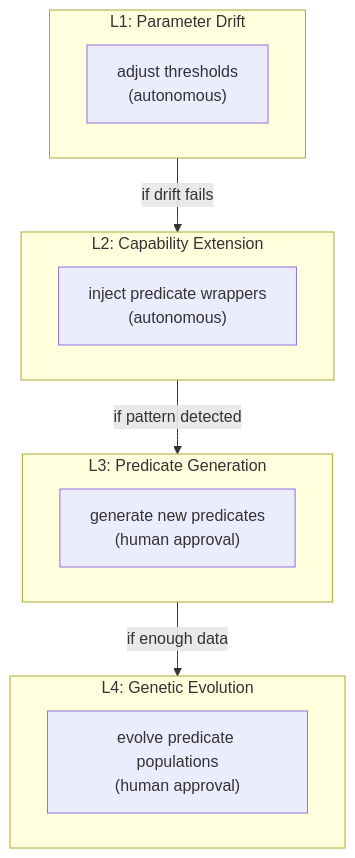
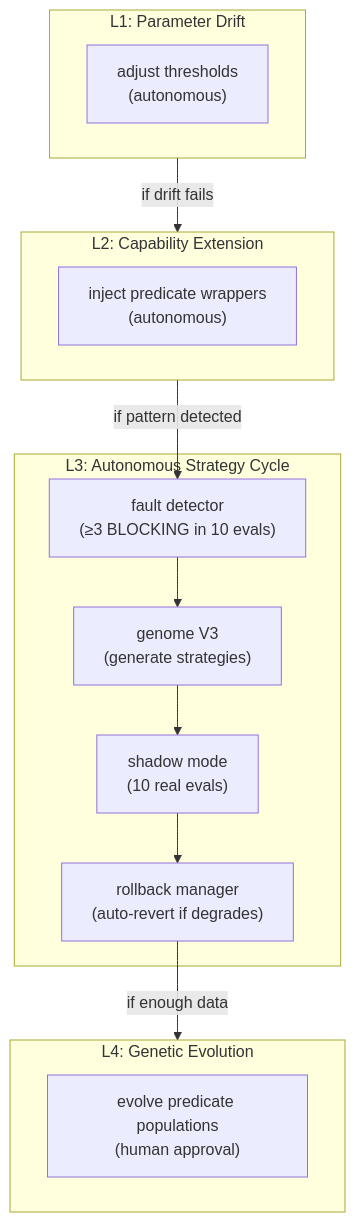
One commit to rm-w3kufe/vsf-rsi changed the second of 5 diagrams in README.md. Above: the diagram before and after it, drawn with Mermaid. The commit also changed other lines of this file and 10 other files, not shown here.

First line of the commit message:
docs(README): comprehensive audit — update L3 autonomous cycle, component list, architecture, CLI, safety model

````diff
--- a/README.md
+++ b/README.md
@@ -107,22 +130,26 @@
 ```mermaid
 flowchart TD
     subgraph L1["L1: Parameter Drift"]
         A1["adjust thresholds<br/>(autonomous)"]
     end
     
     subgraph L2["L2: Capability Extension"]
         A2["inject predicate wrappers<br/>(autonomous)"]
     end
     
-    subgraph L3["L3: Predicate Generation"]
-        A3["generate new predicates<br/>(human approval)"]
+    subgraph L3["L3: Autonomous Strategy Cycle"]
+        D["fault detector<br/>(≥3 BLOCKING in 10 evals)"]
+        G["genome V3<br/>(generate strategies)"]
+        S["shadow mode<br/>(10 real evals)"]
+        R["rollback manager<br/>(auto-revert if degrades)"]
+        D --> G --> S --> R
     end
     
     subgraph L4["L4: Genetic Evolution"]
         A4["evolve predicate populations<br/>(human approval)"]
     end
     
     L1 -->|"if drift fails"| L2
-    L2 -->|"if pattern detected"| L3
-    L3 -->|"if enough data"| L4
+    L2 -->|"if pattern detected"| D
+    R -->|"if enough data"| L4
 ```
````
